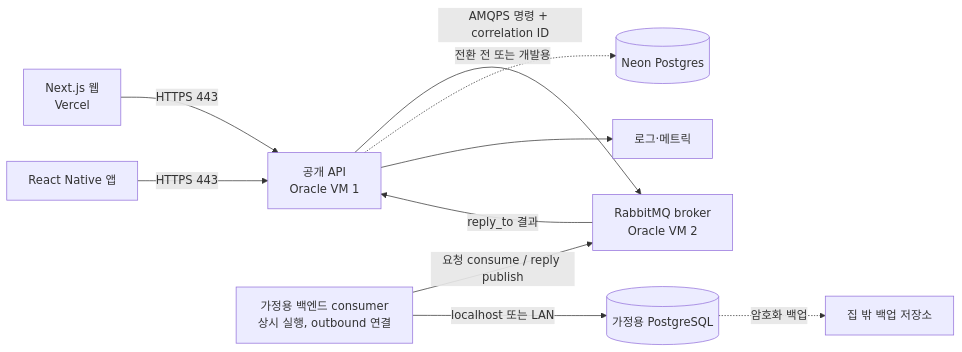
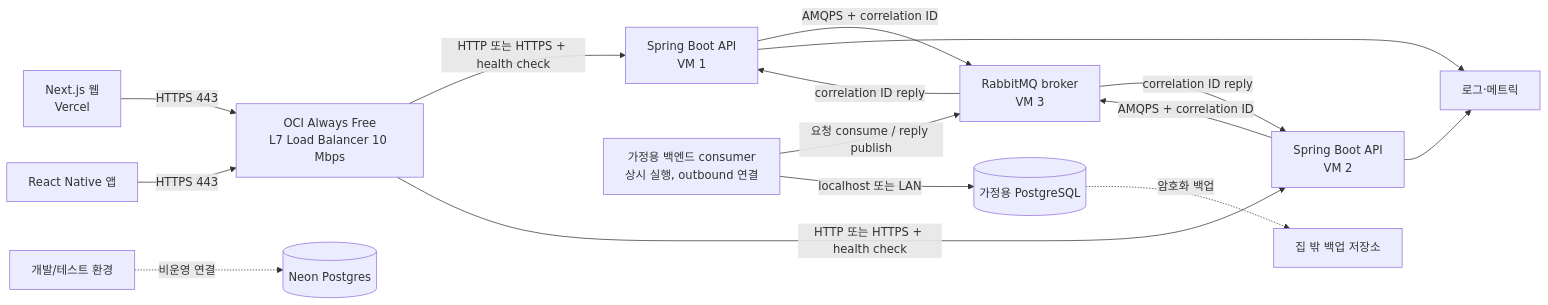
The first of 2 diagrams in docs/architecture/low-cost-service-architecture.md (david-yj-52/tsh-pi), drawn with Mermaid before and after one commit. The commit also changed other lines of this file, not shown here.

Commit message:
project planning for low-cost architecture

````diff
--- a/docs/architecture/low-cost-service-architecture.md
+++ b/docs/architecture/low-cost-service-architecture.md
@@ -48,12 +48,17 @@
 ```mermaid
 flowchart LR
-  WEB[Next.js 웹<br/>Vercel] -->|HTTPS 443| API[공개 API<br/>Oracle VM 1]
-  APP[React Native 앱] -->|HTTPS 443| API
-  API -->|AMQPS 명령 + correlation ID| MQ[RabbitMQ broker<br/>Oracle VM 2]
+  WEB[Next.js 웹<br/>Vercel] -->|HTTPS 443| LB[OCI Always Free<br/>L7 Load Balancer 10 Mbps]
+  APP[React Native 앱] -->|HTTPS 443| LB
+  LB -->|HTTP 또는 HTTPS + health check| API1[Spring Boot API<br/>VM 1]
+  LB -->|HTTP 또는 HTTPS + health check| API2[Spring Boot API<br/>VM 2]
+  API1 -->|AMQPS + correlation ID| MQ[RabbitMQ broker<br/>VM 3]
+  API2 -->|AMQPS + correlation ID| MQ
   HOME[가정용 백엔드 consumer<br/>상시 실행, outbound 연결] -->|요청 consume / reply publish| MQ
   HOME -->|localhost 또는 LAN| PG[(가정용 PostgreSQL)]
-  MQ -->|reply_to 결과| API
-  API -. 전환 전 또는 개발용 .-> NEON[(Neon Postgres)]
+  MQ -->|correlation ID reply| API1
+  MQ -->|correlation ID reply| API2
+  DEV[개발/테스트 환경] -. 비운영 연결 .-> NEON[(Neon Postgres)]
   PG -. 암호화 백업 .-> BACKUP[집 밖 백업 저장소]
-  API --> OBS[로그·메트릭]
+  API1 --> OBS[로그·메트릭]
+  API2 --> OBS
 ```
````
